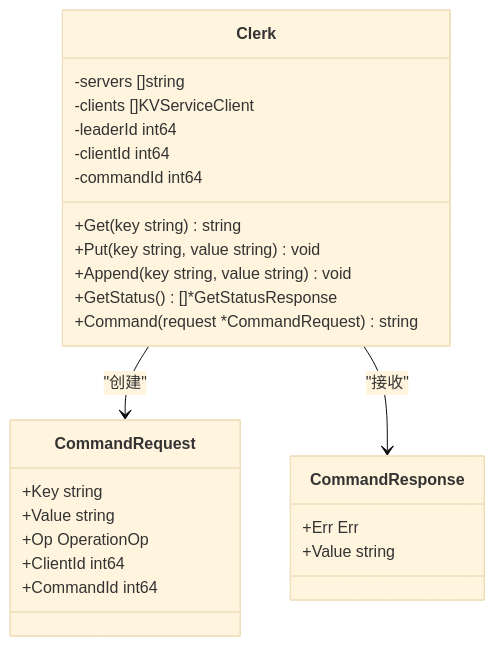
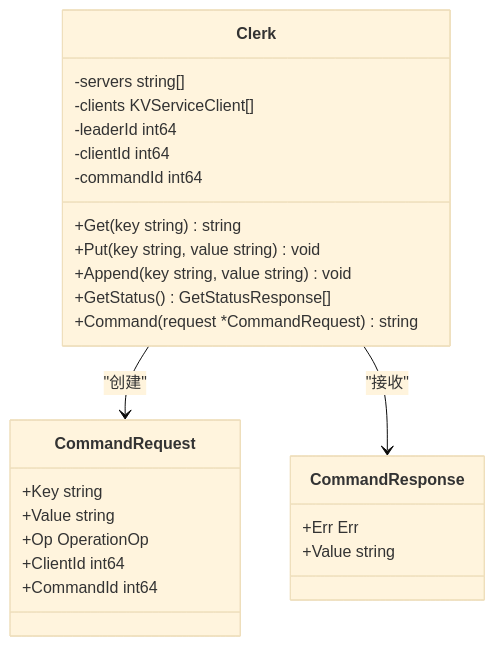
One commit to eraft-io/eraft changed the third of 15 diagrams in wiki/KV 存储系统/KV 存储系统.md. Above: the diagram before and after it, drawn with Mermaid (base theme). The commit also changed other lines of this file and 35 other files, not shown here.

````diff
--- a/wiki/KV 存储系统/KV 存储系统.md
+++ b/wiki/KV 存储系统/KV 存储系统.md
@@ -129,28 +129,28 @@
 ```mermaid
 classDiagram
 class Clerk {
--servers []string
--clients []KVServiceClient
+-servers string[]
+-clients KVServiceClient[]
 -leaderId int64
 -clientId int64
 -commandId int64
 +Get(key string) string
 +Put(key string, value string) void
 +Append(key string, value string) void
-+GetStatus() []*GetStatusResponse
++GetStatus() GetStatusResponse[]
 +Command(request *CommandRequest) string
 }
 class CommandRequest {
 +Key string
 +Value string
 +Op OperationOp
 +ClientId int64
 +CommandId int64
 }
 class CommandResponse {
 +Err Err
 +Value string
 }
 Clerk --> CommandRequest : "创建"
 Clerk --> CommandResponse : "接收"
 ```
````
